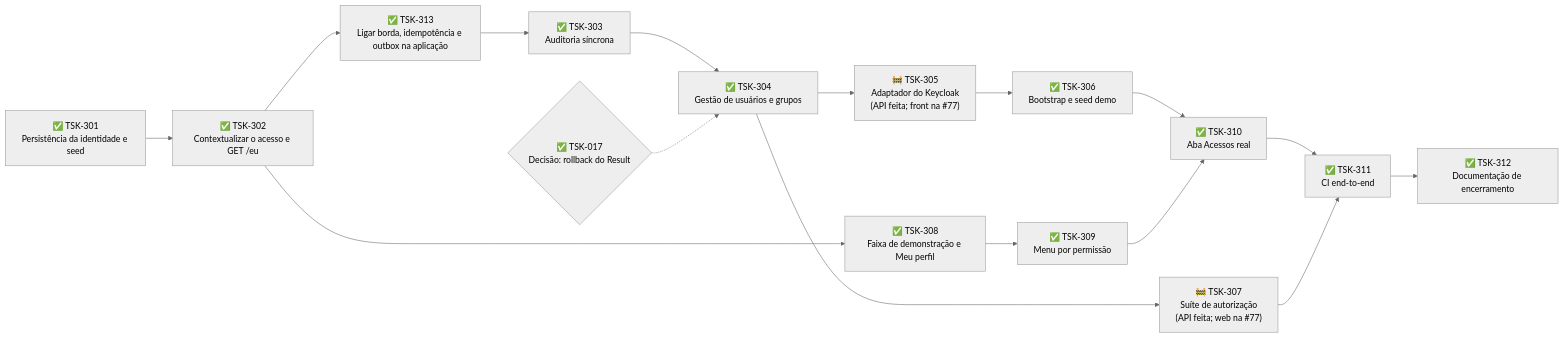
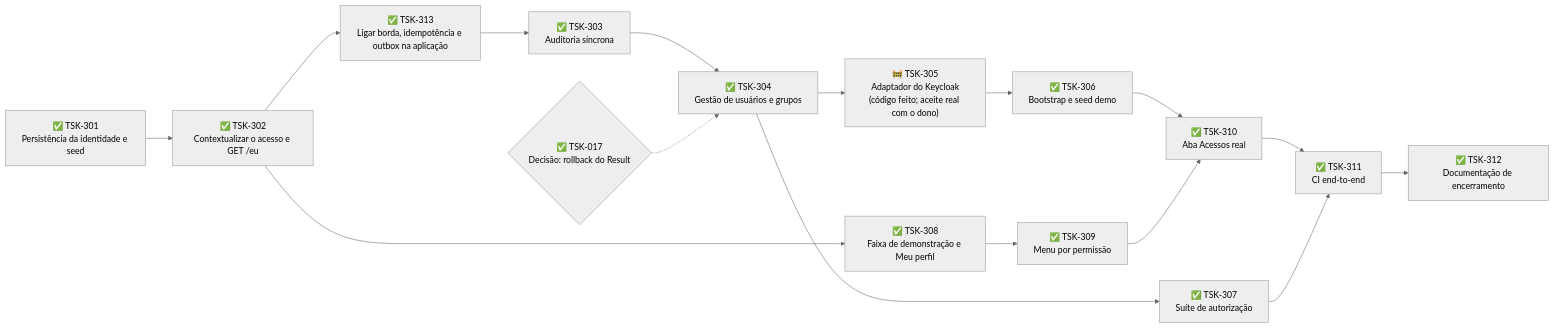
One commit to AurioNeto/ceudodespertar changed the diagram in project-flow/README.md. Above: the diagram before and after it, drawn with Mermaid (neutral theme). The commit also changed other lines of this file and 3 other files, not shown here.

Commit message:
docs(project-flow): registra o fim do código do B0 e o backlog de 13/10

````diff
--- a/project-flow/README.md
+++ b/project-flow/README.md
@@ -38,18 +40,18 @@
 ```mermaid
 flowchart LR
   TSK301["✅ TSK-301<br/>Persistência da identidade e seed"]
   TSK302["✅ TSK-302<br/>Contextualizar o acesso e GET /eu"]
   TSK313["✅ TSK-313<br/>Ligar borda, idempotência e outbox na aplicação"]
   TSK303["✅ TSK-303<br/>Auditoria síncrona"]
   TSK304["✅ TSK-304<br/>Gestão de usuários e grupos"]
-  TSK305["🚧 TSK-305<br/>Adaptador do Keycloak<br/>(API feita; front na #77)"]
+  TSK305["🚧 TSK-305<br/>Adaptador do Keycloak<br/>(código feito; aceite real com o dono)"]
   TSK306["✅ TSK-306<br/>Bootstrap e seed demo"]
   TSK310["✅ TSK-310<br/>Aba Acessos real"]
   TSK311["✅ TSK-311<br/>CI end-to-end"]
   TSK312["✅ TSK-312<br/>Documentação de encerramento"]
   TSK017{"✅ TSK-017<br/>Decisão: rollback do Result"}
   TSK301 --> TSK302 --> TSK313 --> TSK303 --> TSK304 --> TSK305 --> TSK306 --> TSK310 --> TSK311 --> TSK312
   TSK017 -.-> TSK304
   TSK302 --> TSK308["✅ TSK-308<br/>Faixa de demonstração e Meu perfil"] --> TSK309["✅ TSK-309<br/>Menu por permissão"] --> TSK310
-  TSK304 --> TSK307["🚧 TSK-307<br/>Suíte de autorização<br/>(API feita; web na #77)"] --> TSK311
+  TSK304 --> TSK307["✅ TSK-307<br/>Suíte de autorização"] --> TSK311
 ```
````
